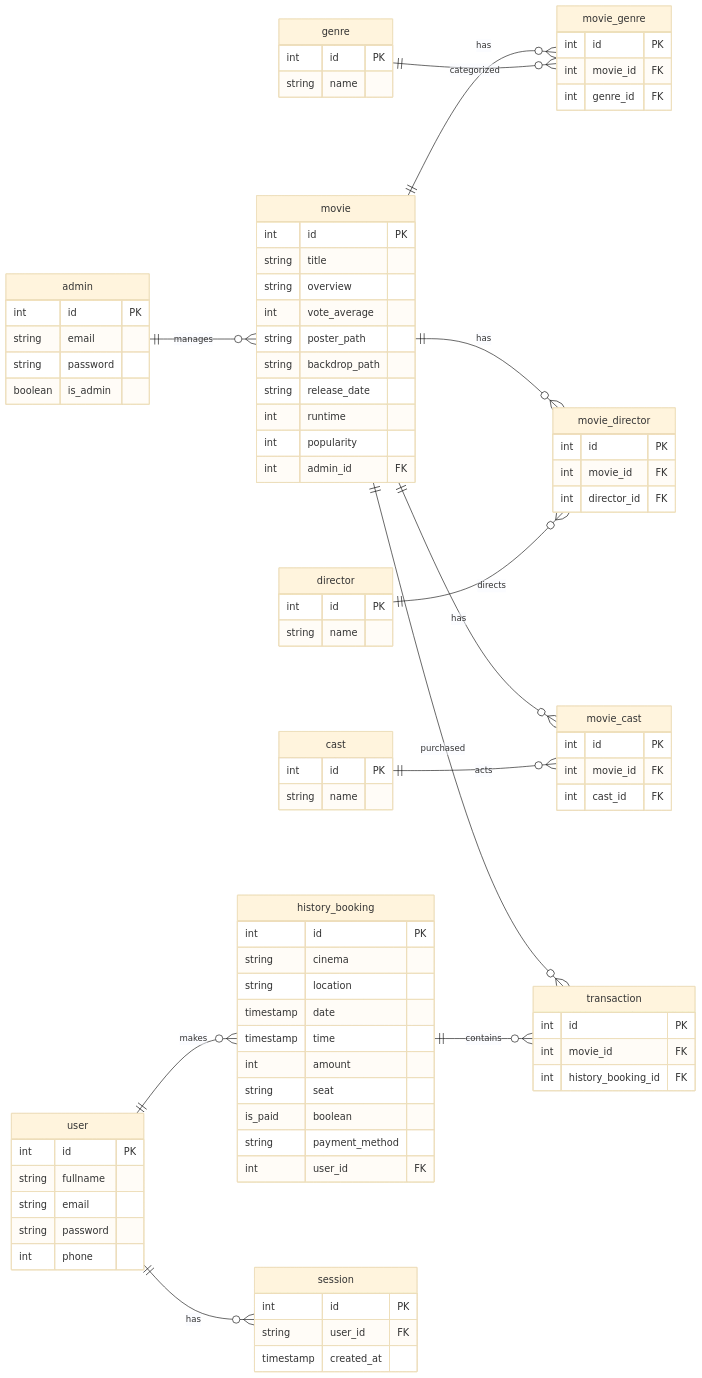
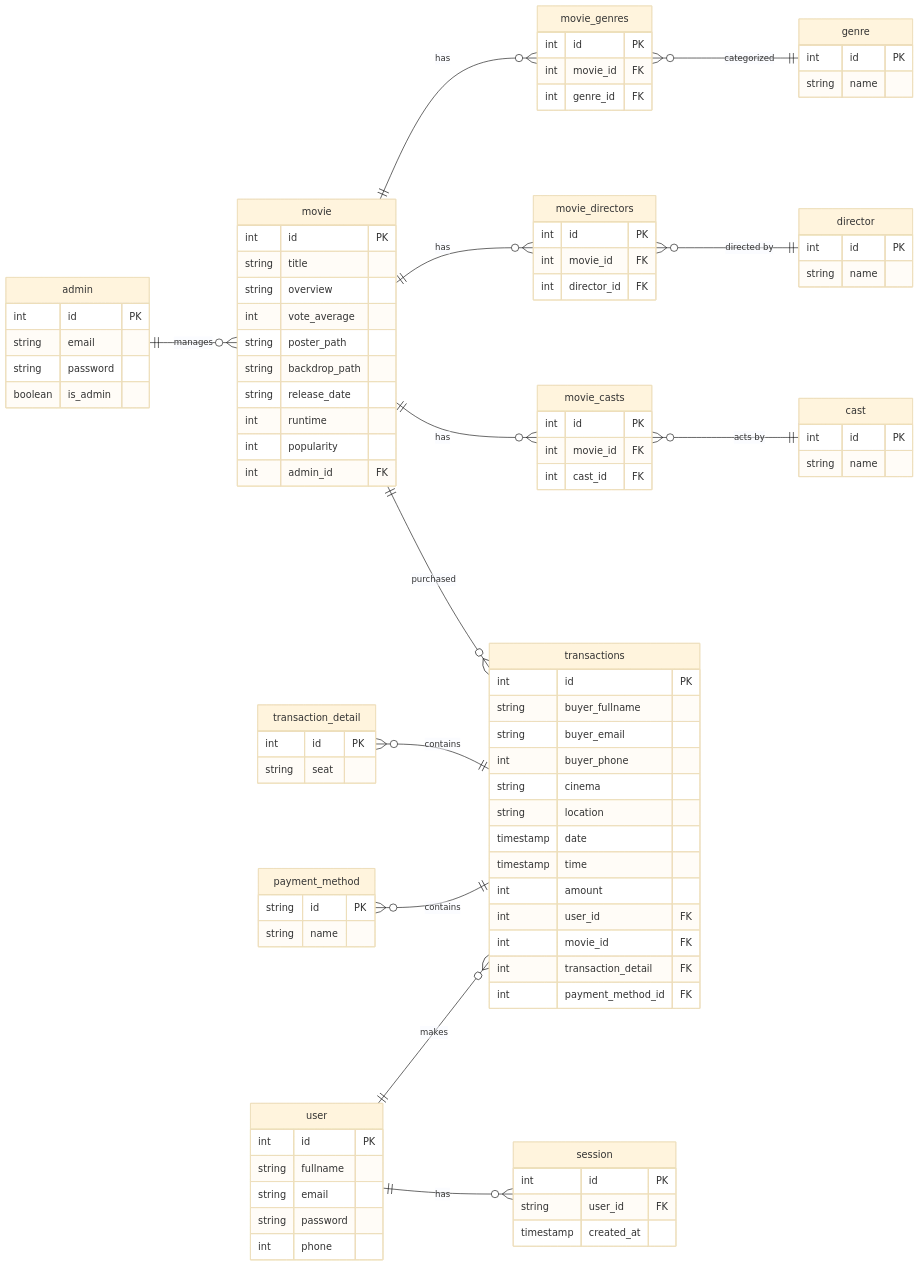
One commit to VsalCode/fgo24-db-weeklytask changed the diagram in README.md. Above: the diagram before and after it, drawn with Mermaid (base theme). The commit also changed 1 other file, not shown here.

Commit message:
docs: update ERD

```diff
--- a/README.md
+++ b/README.md
@@ -16,10 +16,10 @@
     boolean is_admin
   }
 
-  movie ||--o{ movie_genre : "has"
-  movie ||--o{ movie_director : "has"
-  movie ||--o{ movie_cast : "has"
-  movie ||--o{ transaction : "purchased"
+  movie ||--o{ movie_genres : "has"
+  movie ||--o{ movie_directors : "has"
+  movie ||--o{ movie_casts : "has"
+  movie ||--o{ transactions : "purchased"
   movie {
     int id PK
     string title
@@ -33,63 +33,71 @@
     int admin_id FK
   }
 
-  movie_genre {
+  movie_genres }o--|| genre : "categorized"
+  movie_genres {
     int id PK
     int movie_id FK
     int genre_id FK
   }
 
-  genre ||--o{ movie_genre : "categorized"
   genre {
     int id PK
     string name
   }
 
-  movie_director {
+  movie_directors }o--|| director : "directed by"
+  movie_directors {
     int id PK
     int movie_id FK
     int director_id FK
   }
 
-  director ||--o{ movie_director : "directs"
   director {
     int id PK
     string name
   }
 
-  movie_cast {
+  movie_casts }o--|| cast : "acts by"
+  movie_casts {
     int id PK
     int movie_id FK
     int cast_id FK
   }
 
-  cast ||--o{ movie_cast : "acts"
   cast {
     int id PK
     string name
   }
-
-  transaction {
+ 
+  transactions {
     int id PK
-    int movie_id FK
-    int history_booking_id FK
-  }
-
-  history_booking ||--o{ transaction : "contains"
-  history_booking {
-    int id PK
+    string buyer_fullname
+    string buyer_email
+    int buyer_phone
     string cinema
     string location
     timestamp date
     timestamp time
     int amount
-    string seat
-    is_paid boolean
-    string payment_method
     int user_id FK
+    int movie_id FK
+    int transaction_detail FK 
+    int payment_method_id FK
   }
 
-  user ||--o{ history_booking : "makes"
+  transaction_detail }o--|| transactions: "contains"
+  transaction_detail {
+    int id PK
+    string seat
+  }
+
+  payment_method }o--|| transactions: "contains"
+  payment_method {
+    string id PK
+    string name
+  }
+
+  user ||--o{ transactions : "makes"
   user ||--o{ session : "has"
   user {
     int id PK
```
